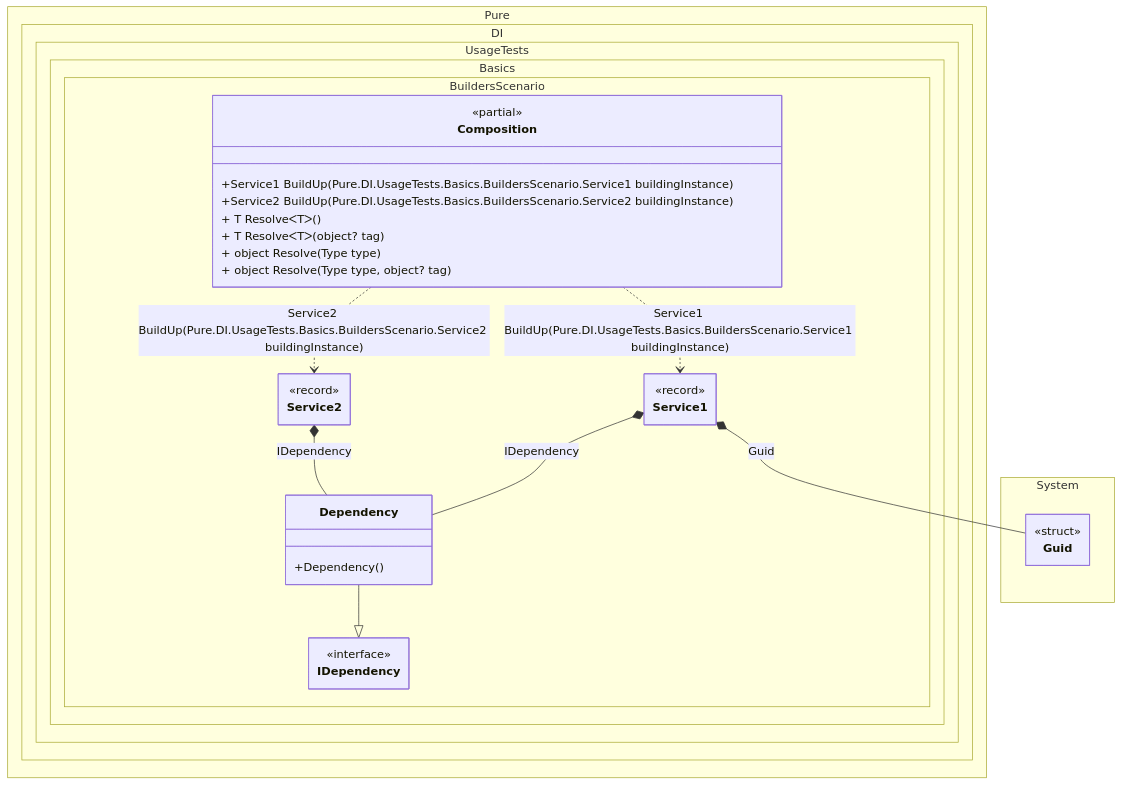
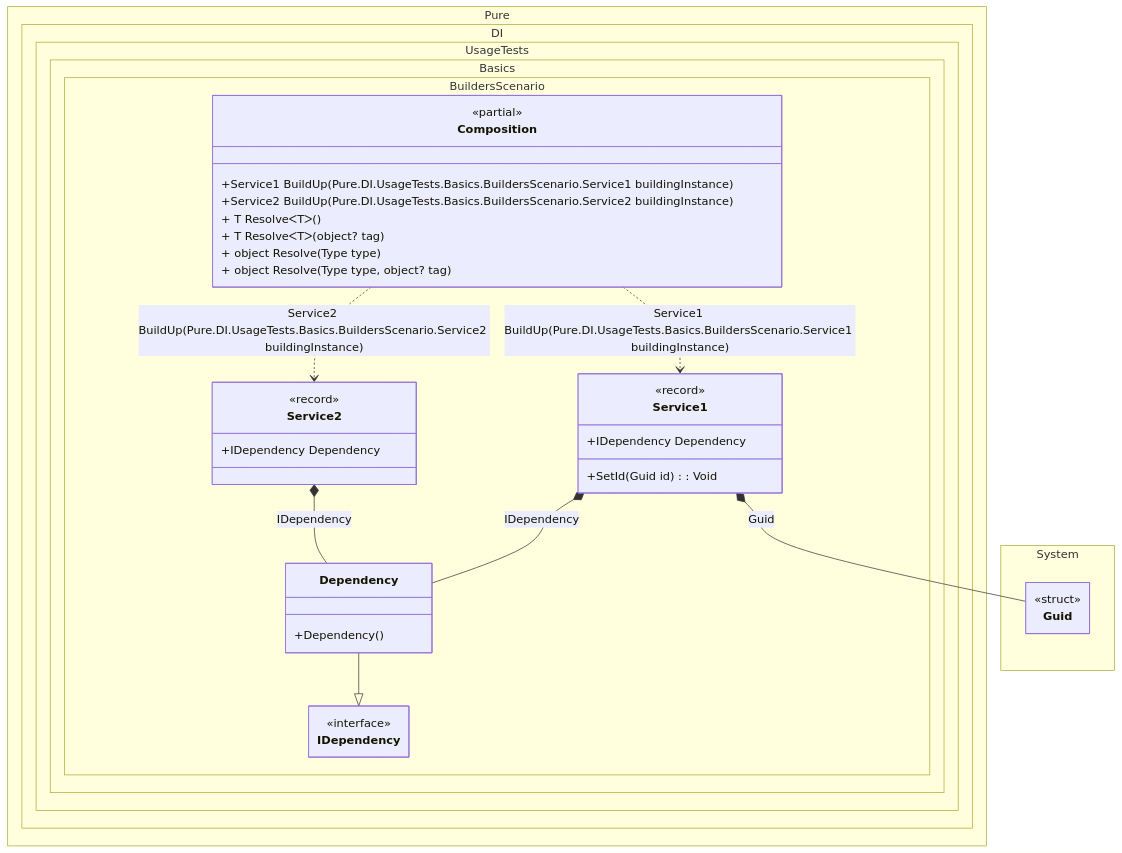
Before and after one commit to DevTeam/Pure.DI: the diagram in readme/builders.md, drawn with Mermaid. The commit also changed 113 other files, not shown here.

````diff
--- a/readme/builders.md
+++ b/readme/builders.md
@@ -176,42 +176,45 @@
 ```mermaid
 ---
  config:
   class:
    hideEmptyMembersBox: true
 ---
 classDiagram
 	Dependency --|> IDependency
 	Composition ..> Service2 : Service2 BuildUp(Pure.DI.UsageTests.Basics.BuildersScenario.Service2 buildingInstance)
 	Composition ..> Service1 : Service1 BuildUp(Pure.DI.UsageTests.Basics.BuildersScenario.Service1 buildingInstance)
+	Service1 *--  Guid : Guid
+	Service1 *--  Dependency : IDependency
 	Service2 *--  Dependency : IDependency
-	Service1 *--  Dependency : IDependency
-	Service1 *--  Guid : Guid
 	namespace Pure.DI.UsageTests.Basics.BuildersScenario {
 		class Composition {
 		<<partial>>
 		+Service1 BuildUp(Pure.DI.UsageTests.Basics.BuildersScenario.Service1 buildingInstance)
 		+Service2 BuildUp(Pure.DI.UsageTests.Basics.BuildersScenario.Service2 buildingInstance)
 		+ T ResolveᐸTᐳ()
 		+ T ResolveᐸTᐳ(object? tag)
 		+ object Resolve(Type type)
 		+ object Resolve(Type type, object? tag)
 		}
 		class Dependency {
 			+Dependency()
 		}
 		class IDependency {
 			<<interface>>
 		}
 		class Service1 {
-			<<record>>
+				<<record>>
+			+IDependency Dependency
+			+SetId(Guid id) : Void
 		}
 		class Service2 {
-			<<record>>
+				<<record>>
+			+IDependency Dependency
 		}
 	}
 	namespace System {
 		class Guid {
 				<<struct>>
 		}
 	}
 ```
````
